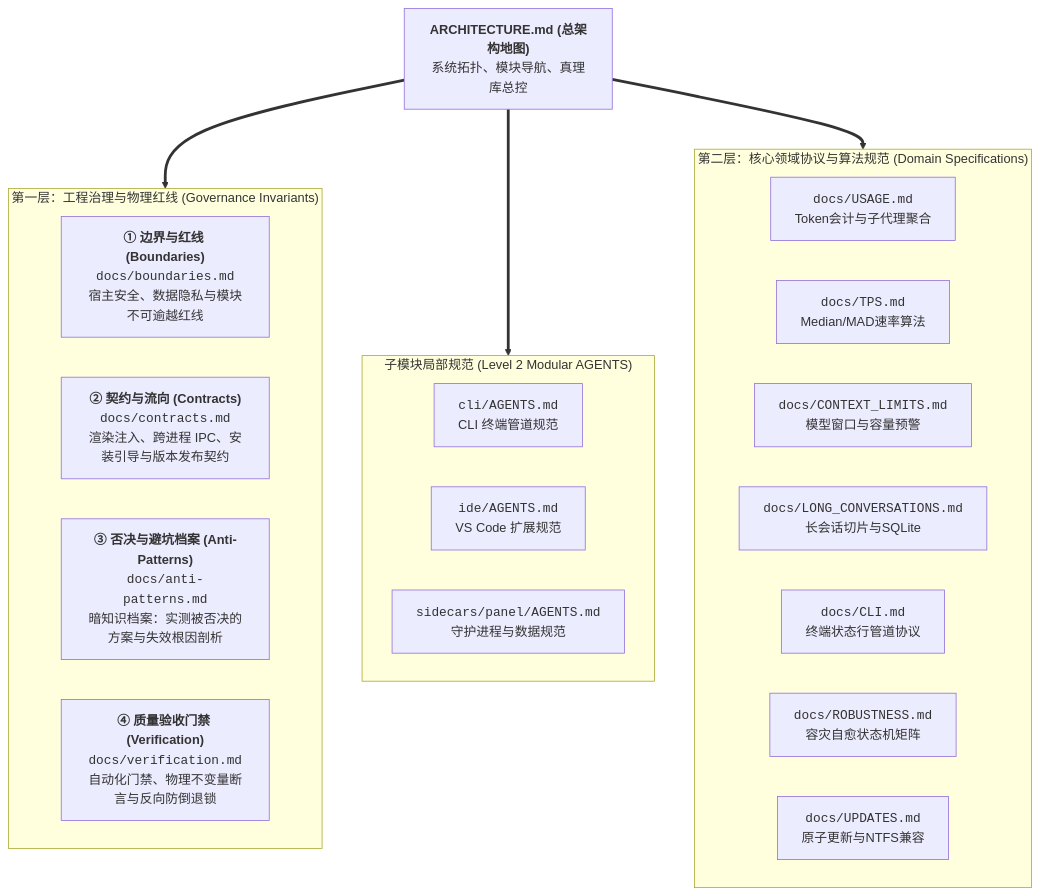
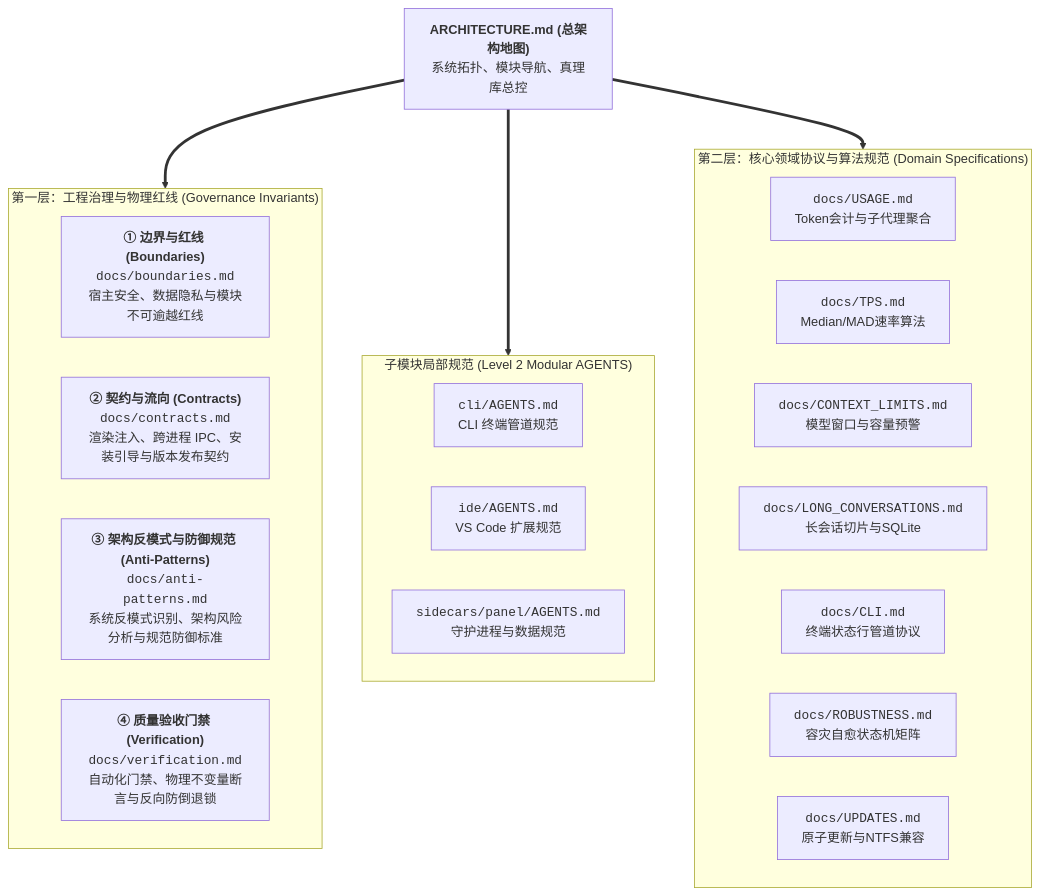
One commit to moumouye/antigrative-dashboard changed the first of 2 diagrams in ARCHITECTURE.md. Above: the diagram before and after it, drawn with Mermaid. The commit also changed other lines of this file and 1 other file, not shown here.

Commit message:
docs: 同步架构地图与规范索引以消除元叙事残留

````diff
--- a/ARCHITECTURE.md
+++ b/ARCHITECTURE.md
@@ -12,31 +12,31 @@
 ```mermaid
 flowchart TD
     Hub["<b>ARCHITECTURE.md (总架构地图)</b><br/>系统拓扑、模块导航、真理库总控"]
 
     subgraph Layer1 ["第一层：工程治理与物理红线 (Governance Invariants)"]
         Doc1["<b>① 边界与红线 (Boundaries)</b><br/><code>docs/boundaries.md</code><br/>宿主安全、数据隐私与模块不可逾越红线"]
         Doc2["<b>② 契约与流向 (Contracts)</b><br/><code>docs/contracts.md</code><br/>渲染注入、跨进程 IPC、安装引导与版本发布契约"]
-        Doc3["<b>③ 否决与避坑档案 (Anti-Patterns)</b><br/><code>docs/anti-patterns.md</code><br/>暗知识档案：实测被否决的方案与失效根因剖析"]
+        Doc3["<b>③ 架构反模式与防御规范 (Anti-Patterns)</b><br/><code>docs/anti-patterns.md</code><br/>系统反模式识别、架构风险分析与规范防御标准"]
         Doc4["<b>④ 质量验收门禁 (Verification)</b><br/><code>docs/verification.md</code><br/>自动化门禁、物理不变量断言与反向防倒退锁"]
     end
 
     subgraph Level2 ["子模块局部规范 (Level 2 Modular AGENTS)"]
         M1["<code>cli/AGENTS.md</code><br/>CLI 终端管道规范"]
         M2["<code>ide/AGENTS.md</code><br/>VS Code 扩展规范"]
         M3["<code>sidecars/panel/AGENTS.md</code><br/>守护进程与数据规范"]
     end
 
     subgraph Layer2 ["第二层：核心领域协议与算法规范 (Domain Specifications)"]
         S1["<code>docs/USAGE.md</code><br/>Token会计与子代理聚合"]
         S2["<code>docs/TPS.md</code><br/>Median/MAD速率算法"]
         S3["<code>docs/CONTEXT_LIMITS.md</code><br/>模型窗口与容量预警"]
         S4["<code>docs/LONG_CONVERSATIONS.md</code><br/>长会话切片与SQLite"]
         S5["<code>docs/CLI.md</code><br/>终端状态行管道协议"]
         S6["<code>docs/ROBUSTNESS.md</code><br/>容灾自愈状态机矩阵"]
         S7["<code>docs/UPDATES.md</code><br/>原子更新与NTFS兼容"]
     end
 
     Hub ==> Layer1
     Hub ==> Level2
     Hub ==> Layer2
 ```
````
